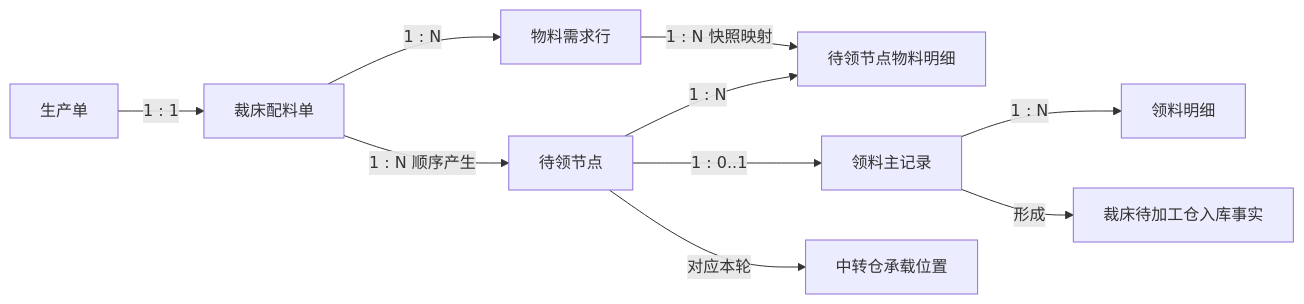
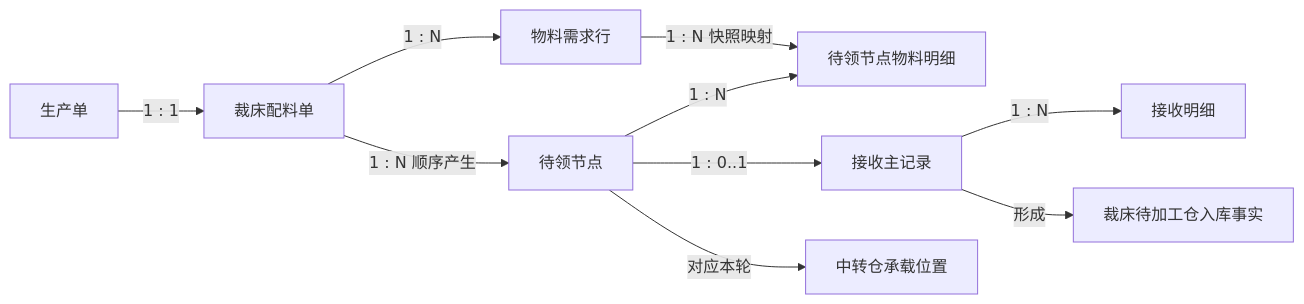
One commit to laoertongxue/higoods changed the first of 2 diagrams in docs/superpowers/specs/2026-07-22-cutting-pickup-complete-relationship-design.md. Above: the diagram before and after it, drawn with Mermaid. The commit also changed other lines of this file and 312 other files, not shown here.

````diff
--- a/docs/superpowers/specs/2026-07-22-cutting-pickup-complete-relationship-design.md
+++ b/docs/superpowers/specs/2026-07-22-cutting-pickup-complete-relationship-design.md
@@ -55,12 +55,12 @@
 ```mermaid
 flowchart LR
   PO[生产单] -->|1 : 1| MPO[裁床配料单]
   MPO -->|1 : N| ML[物料需求行]
   MPO -->|1 : N 顺序产生| PN[待领节点]
   ML -->|1 : N 快照映射| PNI[待领节点物料明细]
   PN -->|1 : N| PNI
-  PN -->|1 : 0..1| PR[领料主记录]
-  PR -->|1 : N| PRI[领料明细]
+  PN -->|1 : 0..1| PR[接收主记录]
+  PR -->|1 : N| PRI[接收明细]
   PN -->|对应本轮| LOC[中转仓承载位置]
   PR -->|形成| IN[裁床待加工仓入库事实]
 ```
````
